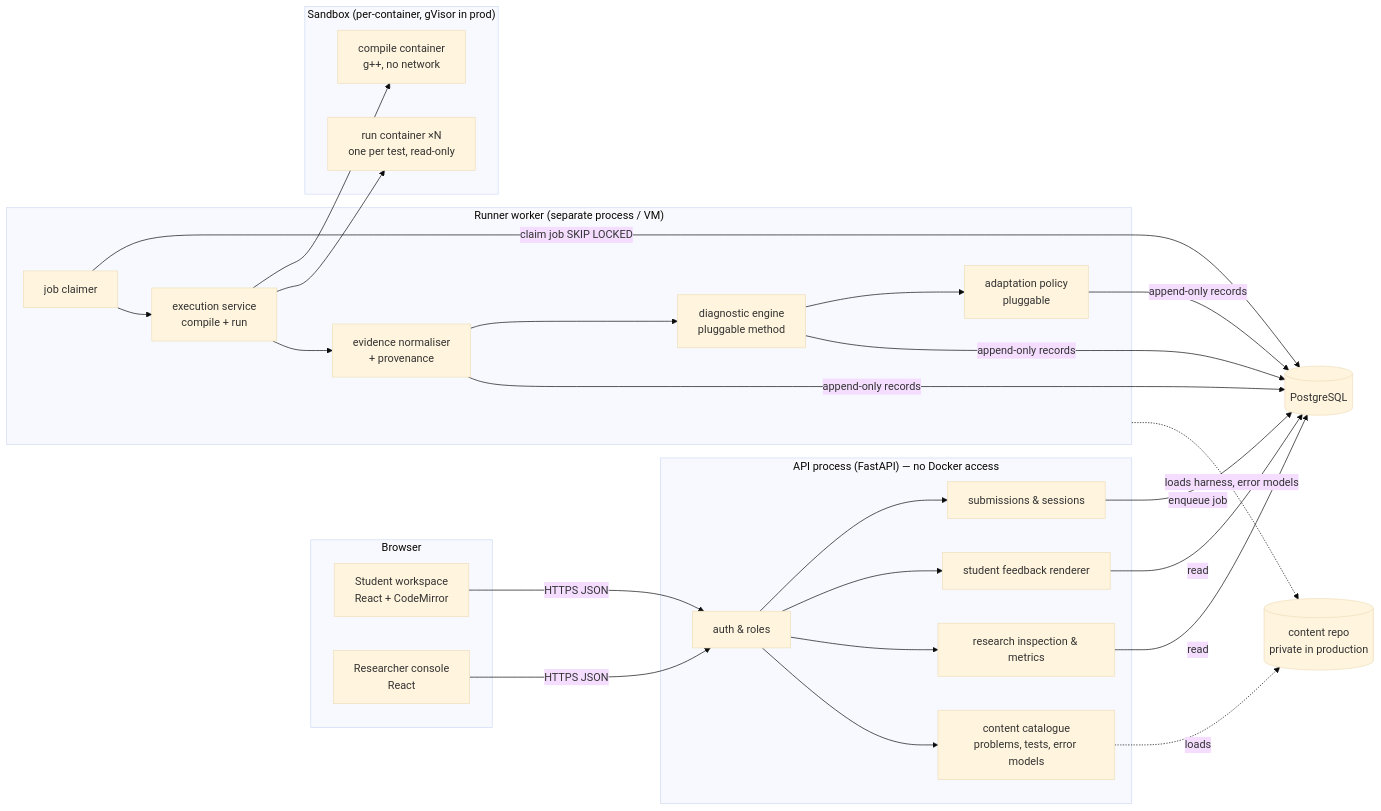
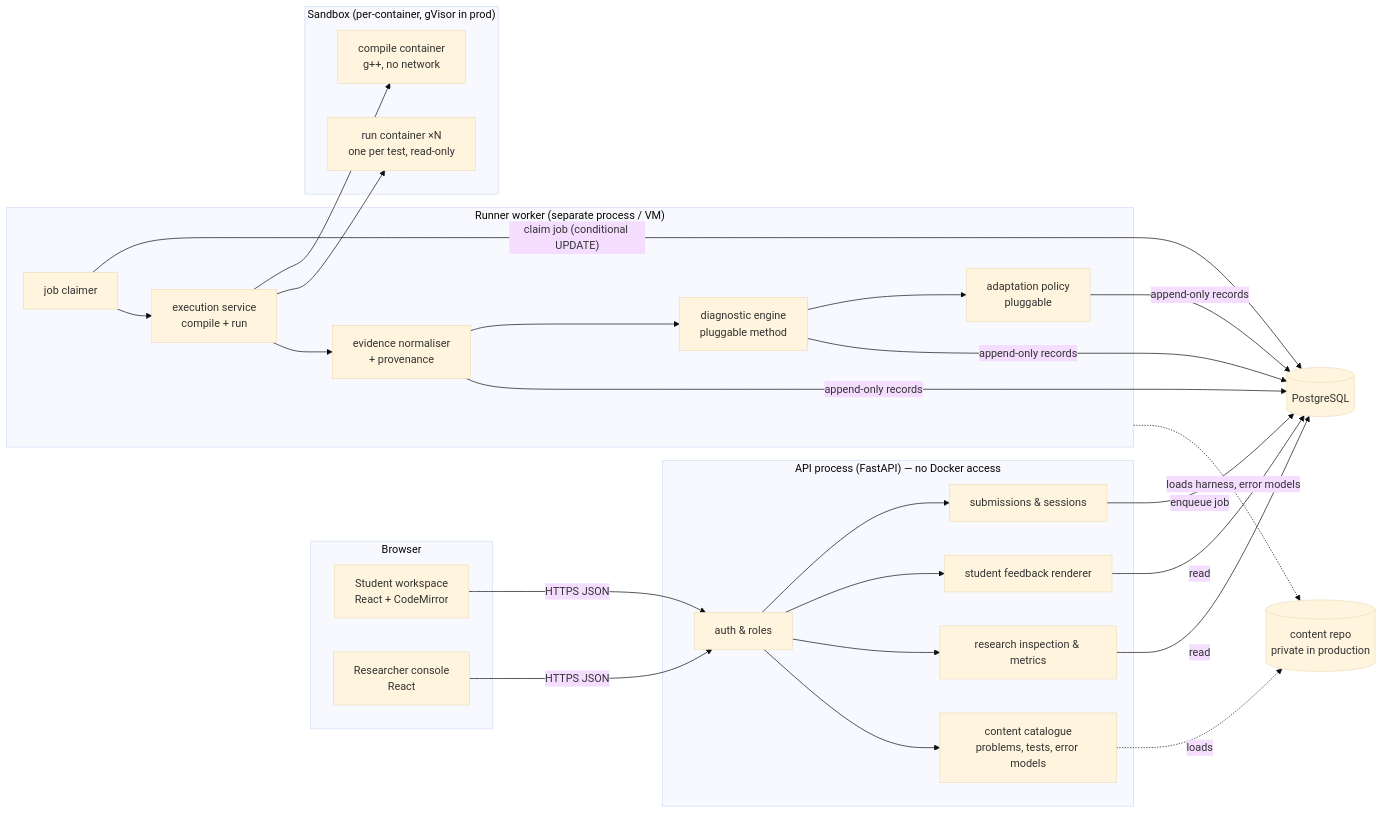
One commit to rupinderkaur1904/codeadapt changed the first of 3 diagrams in docs/architecture.md. Above: the diagram before and after it, drawn with Mermaid (base theme). The commit also changed other lines of this file and 2 other files, not shown here.

Commit message:
Docs: verified status report, completion plan (PROJECT_AUTOPILOT.md); architecture matches the code (queue claim, learner/auth/evaluation packages, endpoints)

````diff
--- a/docs/architecture.md
+++ b/docs/architecture.md
@@ -69,43 +70,43 @@
 ```mermaid
 flowchart LR
   subgraph Browser
     SW[Student workspace<br/>React + CodeMirror]
     RW[Researcher console<br/>React]
   end
 
   subgraph API["API process (FastAPI) — no Docker access"]
     AUTH[auth & roles]
     SUB[submissions & sessions]
     CAT[content catalogue<br/>problems, tests, error models]
     FB[student feedback renderer]
     RES[research inspection & metrics]
   end
 
   subgraph Worker["Runner worker (separate process / VM)"]
     Q[job claimer]
     EXE[execution service<br/>compile + run]
     EV[evidence normaliser<br/>+ provenance]
     DX[diagnostic engine<br/>pluggable method]
     AD[adaptation policy<br/>pluggable]
   end
 
   subgraph Sandbox["Sandbox (per-container, gVisor in prod)"]
     CC[compile container<br/>g++, no network]
     RC[run container ×N<br/>one per test, read-only]
   end
 
   DB[(PostgreSQL)]
   CONTENT[(content repo<br/>private in production)]
 
   SW -- HTTPS JSON --> AUTH
   RW -- HTTPS JSON --> AUTH
   AUTH --> SUB & FB & RES & CAT
   SUB -- enqueue job --> DB
-  Q -- claim job SKIP LOCKED --> DB
+  Q -- claim job (conditional UPDATE) --> DB
   Q --> EXE --> CC & RC
   EXE --> EV --> DX --> AD
   EV & DX & AD -- append-only records --> DB
   FB & RES -- read --> DB
   CAT -. loads .-> CONTENT
   Worker -. loads harness, error models .-> CONTENT
 ```
````
